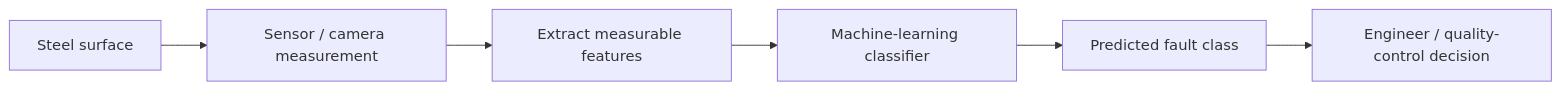
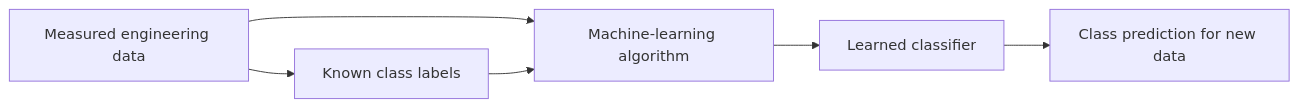
One commit to iqram20/ComputerAidedAnalysis changed the first of 5 diagrams in weeks/Week_08_Classification/Week_08_Lecture_Page.md. Above: the diagram before and after it, drawn with Mermaid. The commit also changed other lines of this file, not shown here.

Commit message:
Reorganize Week 8 lecture to introduce engineering classification before steel case study

```diff
--- a/weeks/Week_08_Classification/Week_08_Lecture_Page.md
+++ b/weeks/Week_08_Classification/Week_08_Lecture_Page.md
@@ -154,8 +104,8 @@
 ~~~mermaid
 flowchart LR
-    A[Steel surface] --> B[Sensor / camera measurement]
-    B --> C[Extract measurable features]
-    C --> D[Machine-learning classifier]
-    D --> E[Predicted fault class]
-    E --> F[Engineer / quality-control decision]
+    A[Measured engineering data] --> B[Known class labels]
+    A --> C[Machine-learning algorithm]
+    B --> C
+    C --> D[Learned classifier]
+    D --> E[Class prediction for new data]
 ~~~
```
